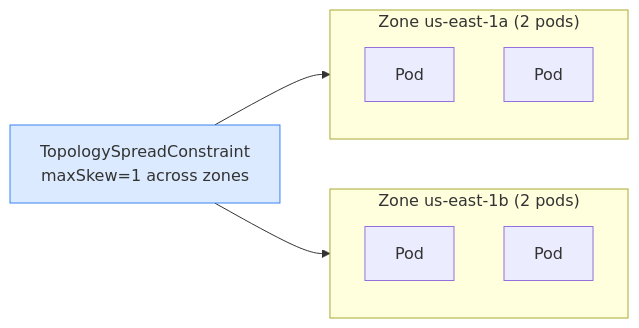
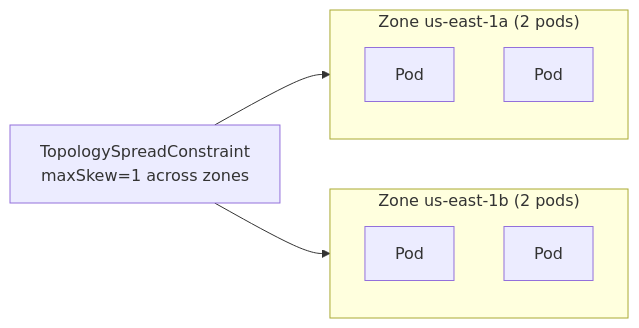
The first of 2 diagrams in content/cka/05-scheduling-where-pods-land/56-topologyspreadconstraints-priorityclass/56-topologyspreadconstraints-priorityclass.md (Gautam4424/k8slearn-content), drawn with Mermaid before and after one commit. The commit also changed other lines of this file and 40 other files, not shown here.

Commit message:
chore: fix mermaid style regex

````diff
--- a/content/cka/05-scheduling-where-pods-land/56-topologyspreadconstraints-priorityclass/56-topologyspreadconstraints-priorityclass.md
+++ b/content/cka/05-scheduling-where-pods-land/56-topologyspreadconstraints-priorityclass/56-topologyspreadconstraints-priorityclass.md
@@ -21,12 +21,11 @@
 ```mermaid
 flowchart LR
     subgraph Z1["Zone us-east-1a (2 pods)"]
         P1["Pod"] & P2["Pod"]
     end
     subgraph Z2["Zone us-east-1b (2 pods)"]
         P3["Pod"] & P4["Pod"]
     end
     TSC["TopologySpreadConstraint\nmaxSkew=1 across zones"]
     TSC --> Z1 & Z2
-    style TSC fill:#dbeafe,stroke:#3b82f6
 ```
````
